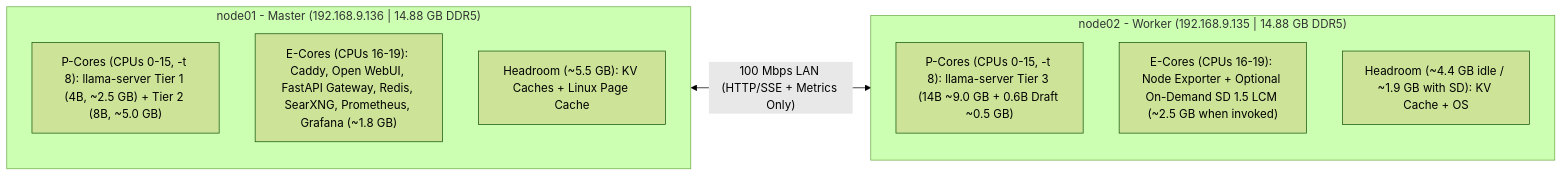
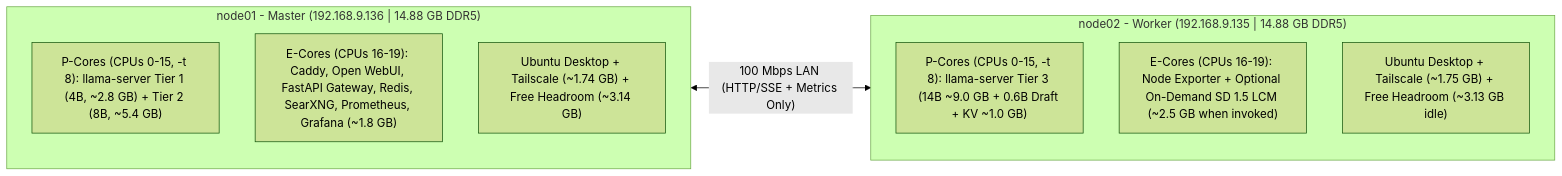
The third of 3 diagrams in docs/ARCHITECTURE.md (shams909/Deploying-ChatBot), drawn with Mermaid (forest theme) before and after one commit. The commit also changed other lines of this file and 1 other file, not shown here.

Commit message:
docs: add comprehensive system architecture documentation and update README hardware specs

````diff
--- a/docs/ARCHITECTURE.md
+++ b/docs/ARCHITECTURE.md
@@ -153,18 +153,18 @@
 ```mermaid
 flowchart LR
     subgraph Node01["node01 - Master (192.168.9.136 | 14.88 GB DDR5)"]
         direction TB
-        N1_P["P-Cores (CPUs 0-15, -t 8): llama-server Tier 1 (4B, ~2.5 GB) + Tier 2 (8B, ~5.0 GB)"]
+        N1_P["P-Cores (CPUs 0-15, -t 8): llama-server Tier 1 (4B, ~2.8 GB) + Tier 2 (8B, ~5.4 GB)"]
         N1_E["E-Cores (CPUs 16-19): Caddy, Open WebUI, FastAPI Gateway, Redis, SearXNG, Prometheus, Grafana (~1.8 GB)"]
-        N1_Free["Headroom (~5.5 GB): KV Caches + Linux Page Cache"]
+        N1_Free["Ubuntu Desktop + Tailscale (~1.74 GB) + Free Headroom (~3.14 GB)"]
     end
 
     subgraph Node02["node02 - Worker (192.168.9.135 | 14.88 GB DDR5)"]
         direction TB
-        N2_P["P-Cores (CPUs 0-15, -t 8): llama-server Tier 3 (14B ~9.0 GB + 0.6B Draft ~0.5 GB)"]
+        N2_P["P-Cores (CPUs 0-15, -t 8): llama-server Tier 3 (14B ~9.0 GB + 0.6B Draft + KV ~1.0 GB)"]
         N2_E["E-Cores (CPUs 16-19): Node Exporter + Optional On-Demand SD 1.5 LCM (~2.5 GB when invoked)"]
-        N2_Free["Headroom (~4.4 GB idle / ~1.9 GB with SD): KV Cache + OS"]
+        N2_Free["Ubuntu Desktop + Tailscale (~1.75 GB) + Free Headroom (~3.13 GB idle)"]
     end
 
     Node01 <-->|"100 Mbps LAN (HTTP/SSE + Metrics Only)"| Node02
 ```
````
